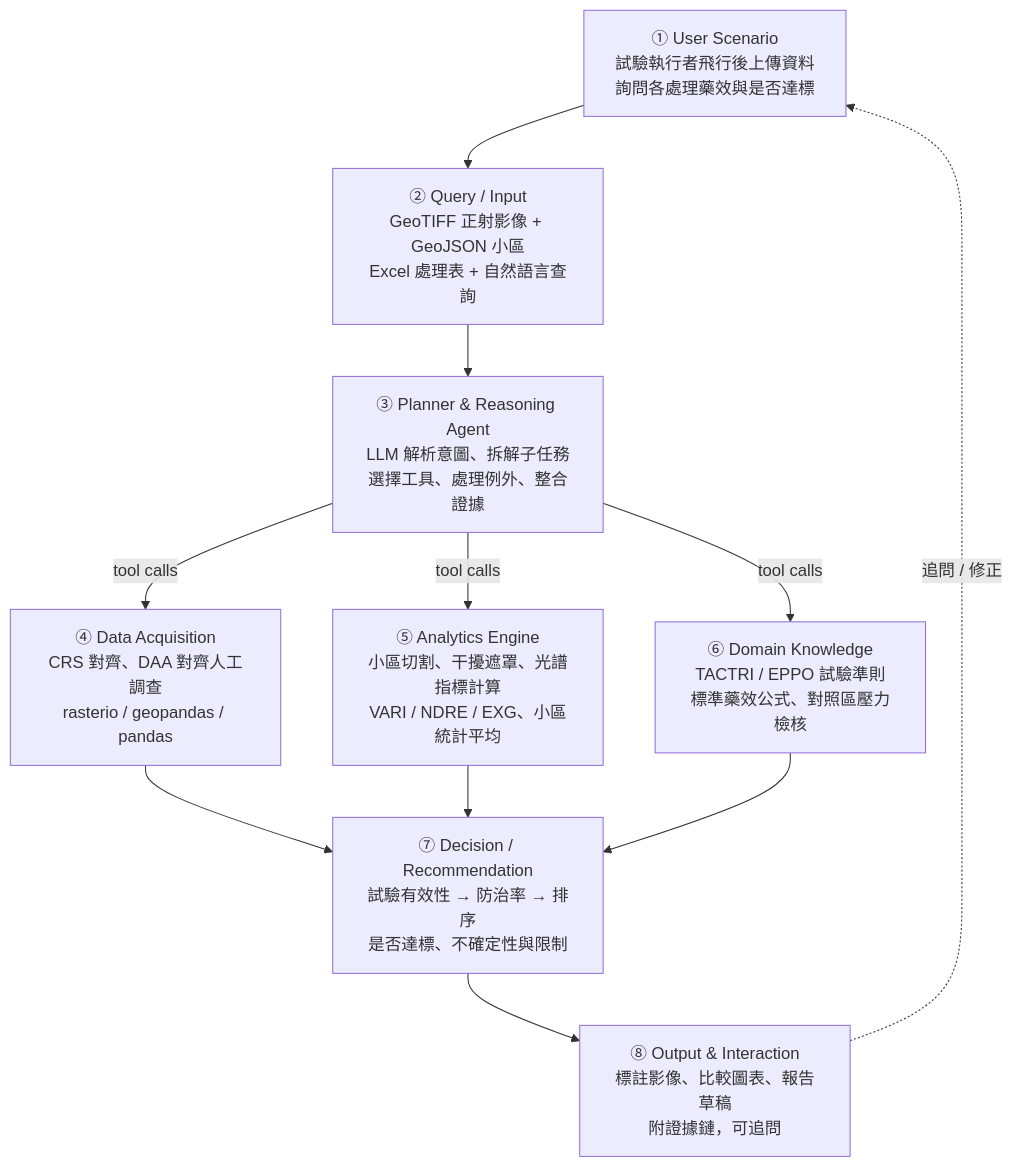
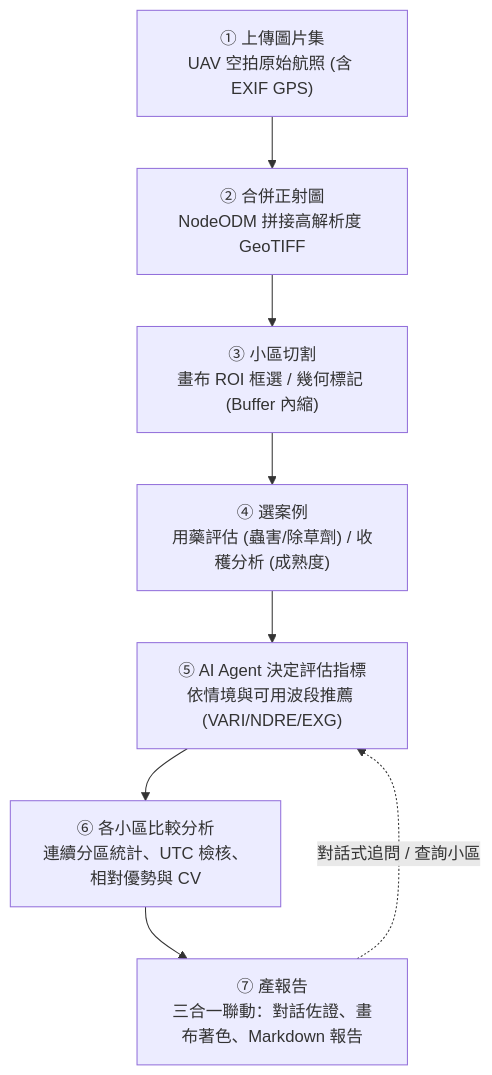
The second of 3 diagrams in docs/proposal/05_proposed_scheme.md (ChengLiangHsu/AI-InfoSec-Fianl-Project), drawn with Mermaid before and after one commit. The commit also changed other lines of this file and 17 other files, not shown here.

````diff
--- a/docs/proposal/05_proposed_scheme.md
+++ b/docs/proposal/05_proposed_scheme.md
@@ -35,16 +37,10 @@
 ```mermaid
 graph TD
-    U["① User Scenario<br>試驗執行者飛行後上傳資料<br>詢問各處理藥效與是否達標"] --> Q["② Query / Input<br>GeoTIFF 正射影像 + GeoJSON 小區<br>Excel 處理表 + 自然語言查詢"]
-    Q --> P["③ Planner & Reasoning Agent<br>LLM 解析意圖、拆解子任務<br>選擇工具、處理例外、整合證據"]
-    
-    P -- tool calls --> D["④ Data Acquisition<br>CRS 對齊、DAA 對齊人工調查<br>rasterio / geopandas / pandas"]
-    P -- tool calls --> A["⑤ Analytics Engine<br>小區切割、干擾遮罩、光譜指標計算<br>VARI / NDRE / EXG、小區統計平均"]
-    P -- tool calls --> K["⑥ Domain Knowledge<br>TACTRI / EPPO 試驗準則<br>標準藥效公式、對照區壓力檢核"]
-    
-    D --> DEC["⑦ Decision / Recommendation<br>試驗有效性 → 防治率 → 排序<br>是否達標、不確定性與限制"]
-    A --> DEC
-    K --> DEC
-    
-    DEC --> O["⑧ Output & Interaction<br>標註影像、比較圖表、報告草稿<br>附證據鏈，可追問"]
-    O -.->|追問 / 修正| U
+    S1["① 上傳圖片集<br>UAV 空拍原始航照 (含 EXIF GPS)"] --> S2["② 合併正射圖<br>NodeODM 拼接高解析度 GeoTIFF"]
+    S2 --> S3["③ 小區切割<br>畫布 ROI 框選 / 幾何標記 (Buffer 內縮)"]
+    S3 --> S4["④ 選案例<br>用藥評估 (蟲害/除草劑) / 收穫分析 (成熟度)"]
+    S4 --> S5["⑤ AI Agent 決定評估指標<br>依情境與可用波段推薦 (VARI/NDRE/EXG)"]
+    S5 --> S6["⑥ 各小區比較分析<br>連續分區統計、UTC 檢核、相對優勢與 CV"]
+    S6 --> S7["⑦ 產報告<br>三合一聯動：對話佐證、畫布著色、Markdown 報告"]
+    S7 -.->|對話式追問 / 查詢小區| S5
 ```
````
